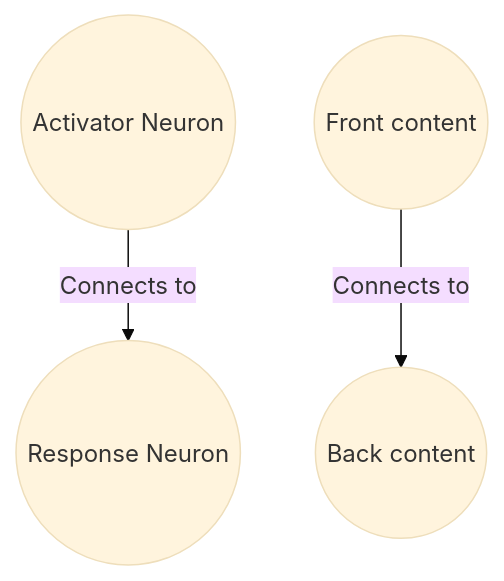
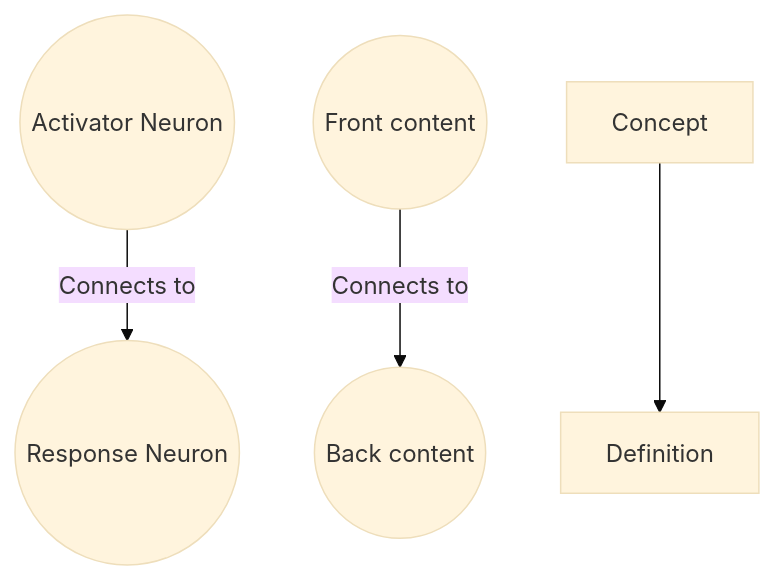
One commit to WeirdCatAFK/Flashback changed the third of 5 diagrams in readme.md. Above: the diagram before and after it, drawn with Mermaid (base theme). The commit also changed other lines of this file, not shown here.

````diff
--- a/readme.md
+++ b/readme.md
@@ -276,5 +276,8 @@
 ```mermaid
 graph TD
   A((Activator Neuron)) -->|Connects to| B((Response Neuron))
   C((Front content)) -->|Connects to| D((Back content))
+  Concept--> Definition
+  
+
 ```
````
